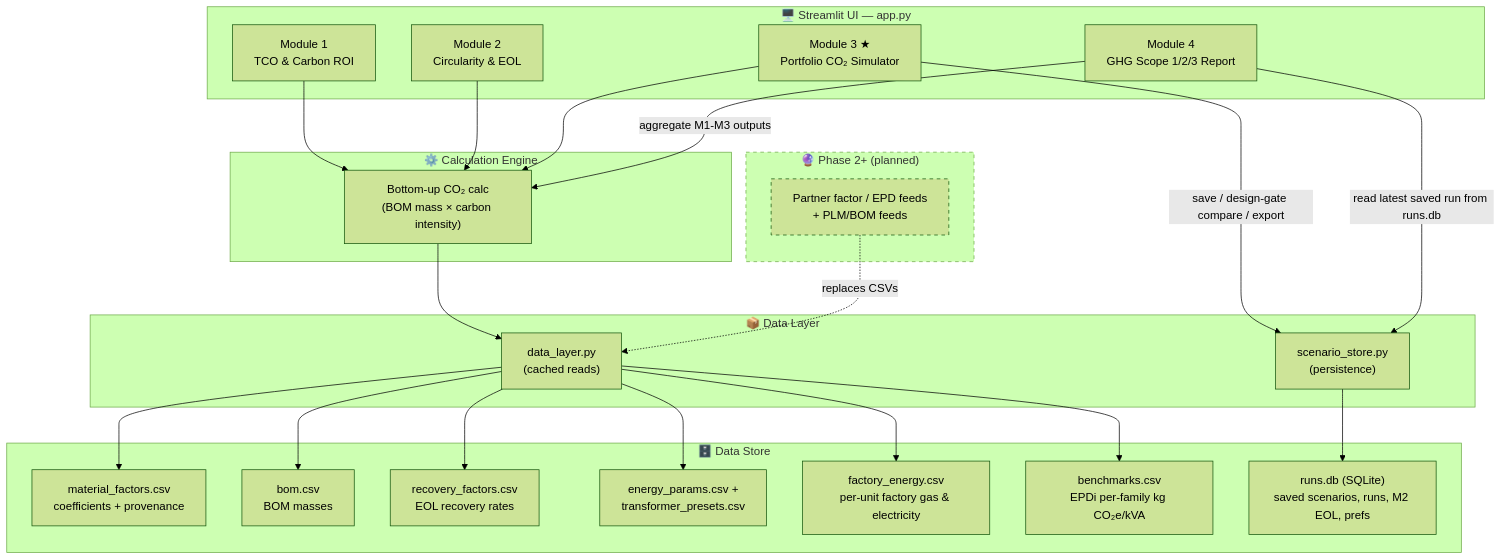
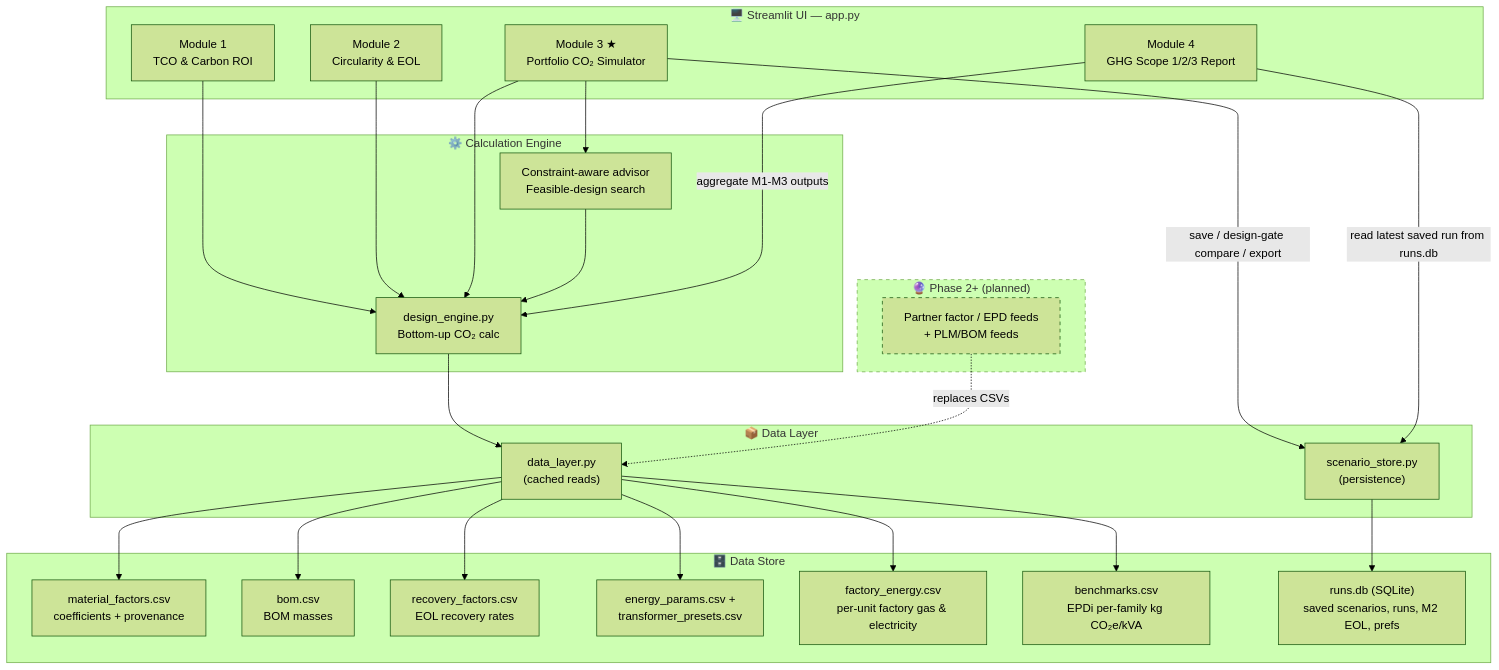
One commit to lugasraka/CO2-calculator-prototype-transformer changed the first of 2 diagrams in README.md. Above: the diagram before and after it, drawn with Mermaid (forest theme). The commit also changed other lines of this file and 4 other files, not shown here.

First line of the commit message:
feat: Implement constraint-aware design advisor in Portfolio CO₂ Simulator

````diff
--- a/README.md
+++ b/README.md
@@ -43,51 +43,54 @@
 ```mermaid
 flowchart TD
     subgraph UI["🖥️ Streamlit UI — app.py"]
         M1["Module 1<br/>TCO & Carbon ROI"]
         M2["Module 2<br/>Circularity & EOL"]
         M3["Module 3 ★<br/>Portfolio CO₂ Simulator"]
         M4["Module 4<br/>GHG Scope 1/2/3 Report"]
     end
 
     subgraph LOGIC["⚙️ Calculation Engine"]
-        CALC["Bottom-up CO₂ calc<br/>(BOM mass × carbon intensity)"]
+        CALC["design_engine.py<br/>Bottom-up CO₂ calc"]
+        ADVISOR["Constraint-aware advisor<br/>Feasible-design search"]
     end
 
     subgraph DATA["📦 Data Layer"]
         DL["data_layer.py<br/>(cached reads)"]
         SS["scenario_store.py<br/>(persistence)"]
     end
 
     subgraph STORE["🗄️ Data Store"]
         MF["material_factors.csv<br/>coefficients + provenance"]
         BOM["bom.csv<br/>BOM masses"]
         RF["recovery_factors.csv<br/>EOL recovery rates"]
         EP["energy_params.csv +<br/>transformer_presets.csv"]
         FE["factory_energy.csv<br/>per-unit factory gas & electricity"]
         BM["benchmarks.csv<br/>EPDi per-family kg CO₂e/kVA"]
         DB["runs.db (SQLite)<br/>saved scenarios, runs, M2 EOL, prefs"]
     end
 
     subgraph FUTURE["🔮 Phase 2+ (planned)"]
         FEED["Partner factor / EPD feeds<br/>+ PLM/BOM feeds"]
     end
 
     M1 --> CALC
     M2 --> CALC
     M3 --> CALC
+    M3 --> ADVISOR
+    ADVISOR --> CALC
     M4 -->|aggregate M1-M3 outputs| CALC
     CALC --> DL
     M3 -->|save / design-gate compare / export| SS
     M4 -->|read latest saved run from runs.db| SS
     DL --> MF
     DL --> BOM
     DL --> RF
     DL --> EP
     DL --> FE
     DL --> BM
     SS --> DB
     FEED -.replaces CSVs.-> DL
 
     classDef future stroke-dasharray: 5 5;
     class FUTURE,FEED future;
 ```
````
